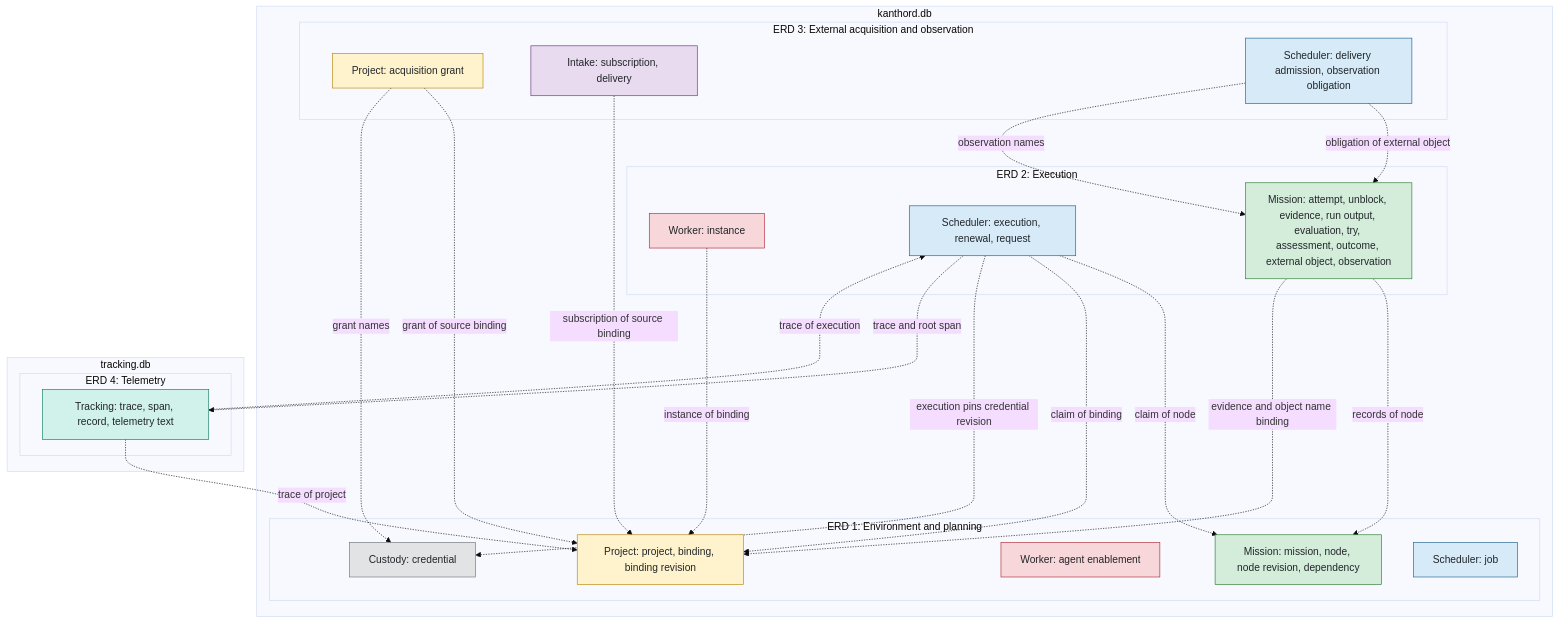
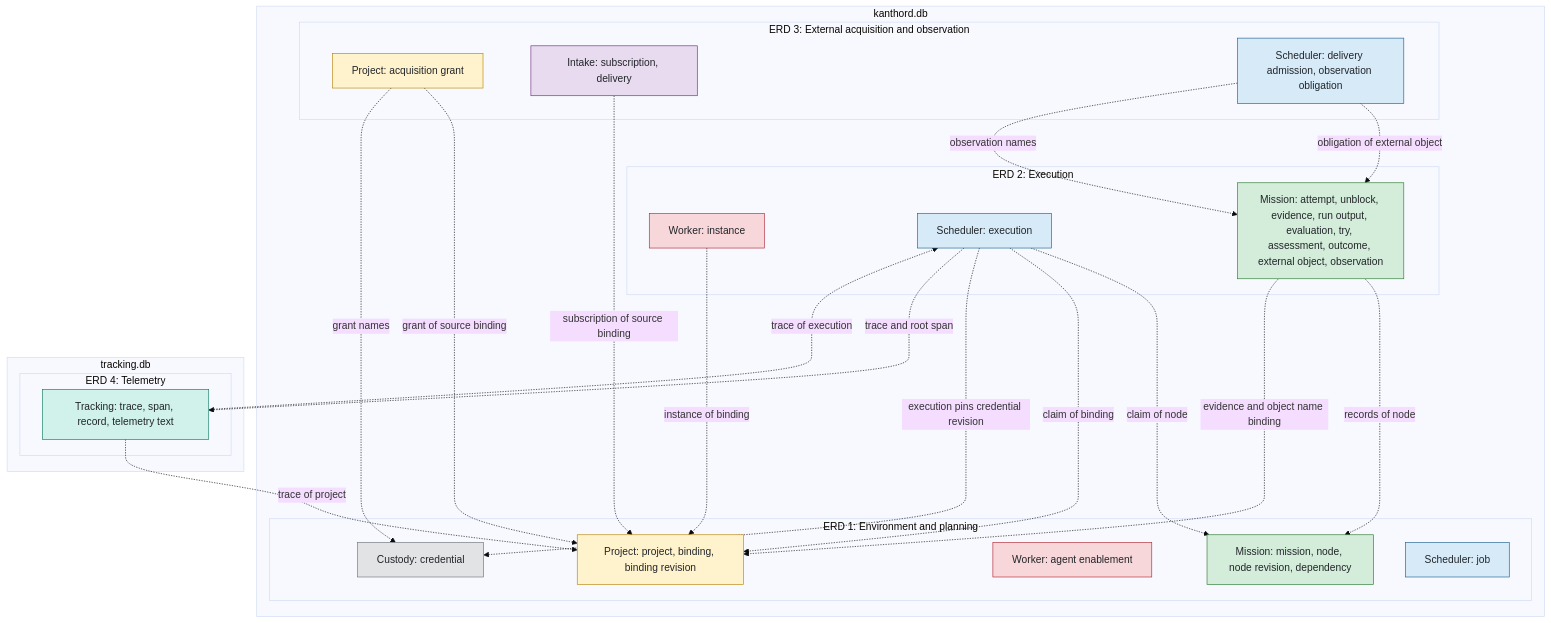
One commit to kanthorlabs/kanthord changed the diagram in docs/reference/erd/README.md. Above: the diagram before and after it, drawn with Mermaid (base theme). The commit also changed 1 other file, not shown here.

Commit message:
docs: record the fixed execution deadline in the rules and the ERD index

````diff
--- a/docs/reference/erd/README.md
+++ b/docs/reference/erd/README.md
@@ -32,60 +32,60 @@
 ```mermaid
 flowchart TB
     subgraph db1["kanthord.db"]
         subgraph v1["ERD 1: Environment and planning"]
             c1["Custody: credential"]
             p1["Project: project, binding, binding revision"]
             w1["Worker: agent enablement"]
             m1["Mission: mission, node, node revision, dependency"]
             s1["Scheduler: job"]
         end
         subgraph v2["ERD 2: Execution"]
             w2["Worker: instance"]
-            s2["Scheduler: execution, renewal, request"]
+            s2["Scheduler: execution"]
             m2["Mission: attempt, unblock, evidence, run output, evaluation, try, assessment, outcome, external object, observation"]
         end
         subgraph v3["ERD 3: External acquisition and observation"]
             p3["Project: acquisition grant"]
             i3["Intake: subscription, delivery"]
             s3["Scheduler: delivery admission, observation obligation"]
         end
     end
     subgraph db2["tracking.db"]
         subgraph v4["ERD 4: Telemetry"]
             t4["Tracking: trace, span, record, telemetry text"]
         end
     end
 
     w2 -.->|instance of binding| p1
     s2 -.->|claim of node| m1
     s2 -.->|claim of binding| p1
     s2 -.->|execution pins credential revision| c1
     m2 -.->|records of node| m1
     m2 -.->|evidence and object name binding| p1
 
     p3 -.->|grant of source binding| p1
     p3 -.->|grant names| c1
     i3 -.->|subscription of source binding| p1
     s3 -.->|obligation of external object| m2
     s3 -.->|observation names| m2
 
     t4 -.->|trace of execution| s2
     s2 -.->|trace and root span| t4
     t4 -.->|trace of project| p1
 
     classDef custody fill:#e2e3e5,stroke:#6c757d,color:#212529
     classDef project fill:#fff3cd,stroke:#b8860b,color:#212529
     classDef worker fill:#f8d7da,stroke:#b02a37,color:#212529
     classDef mission fill:#d4edda,stroke:#2e7d32,color:#212529
     classDef scheduler fill:#d6eaf8,stroke:#1f618d,color:#212529
     classDef intake fill:#e8daef,stroke:#6c3483,color:#212529
     classDef tracking fill:#d1f2eb,stroke:#117a65,color:#212529
 
     class c1 custody
     class p1,p3 project
     class w1,w2 worker
     class m1,m2 mission
     class s1,s2,s3 scheduler
     class i3 intake
     class t4 tracking
 ```
````
